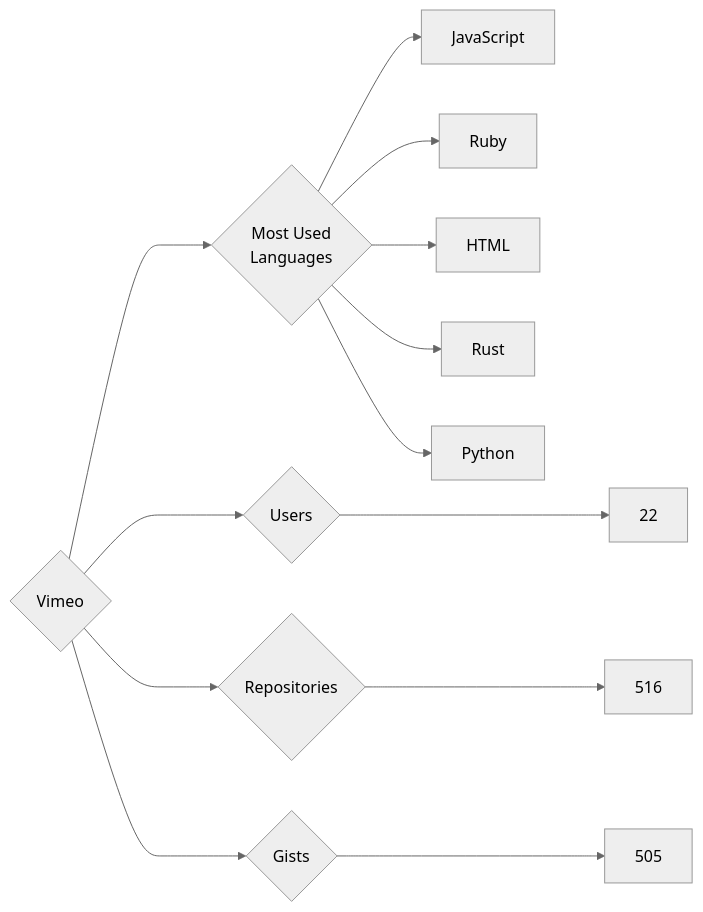
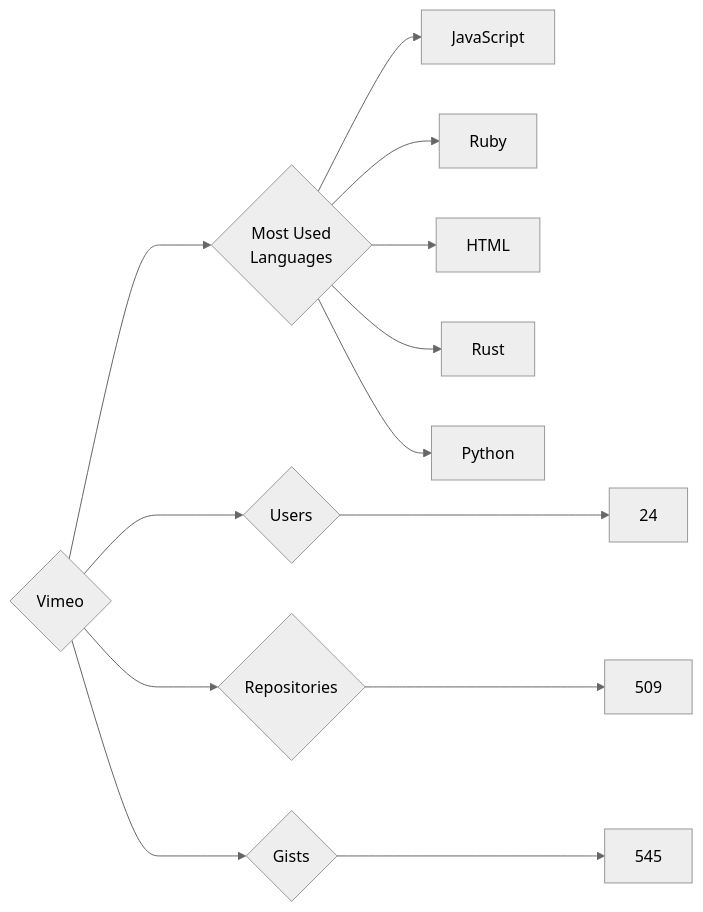
One commit to trickest/insiders changed the diagram in targets/Vimeo/README.md. Above: the diagram before and after it, drawn with Mermaid (neutral theme). The commit also changed 995 other files, not shown here.

````diff
--- a/targets/Vimeo/README.md
+++ b/targets/Vimeo/README.md
@@ -3,13 +3,13 @@
 ```mermaid
 graph LR
 COMPANY_NAME{Vimeo}
-COMPANY_NAME ---> U{Users} ---> UN[22]
-COMPANY_NAME ---> R{Repositories} ---> RN[516]
-COMPANY_NAME ---> G{Gists} ---> GN[505]
+COMPANY_NAME ---> U{Users} ---> UN[24]
+COMPANY_NAME ---> R{Repositories} ---> RN[509]
+COMPANY_NAME ---> G{Gists} ---> GN[545]
 COMPANY_NAME ---> ML{Most Used<br>Languages}
 ML --> JavaScript[JavaScript]
 ML --> Ruby[Ruby]
 ML --> HTML[HTML]
 ML --> Rust[Rust]
 ML --> Python[Python]
 ```
````
